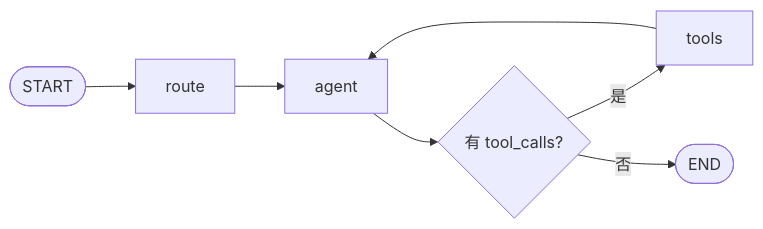
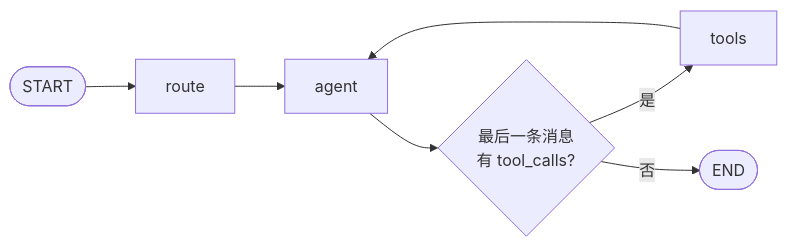
Before and after one commit to 1044387929-del/kamiu-agent: the second of 2 diagrams in README_CN.md, drawn with Mermaid. The commit also changed other lines of this file and 14 other files, not shown here.

````diff
--- a/README_CN.md
+++ b/README_CN.md
@@ -26,9 +49,9 @@
 ```mermaid
 flowchart LR
-    START([START]) --> route
-    route --> agent
-    agent --> has_tool_calls{有 tool_calls?}
-    has_tool_calls -->|是| tools
+    START([START]) --> route[route]
+    route --> agent[agent]
+    agent --> has_tool_calls{最后一条消息\n有 tool_calls?}
+    has_tool_calls -->|是| tools[tools]
     has_tool_calls -->|否| END([END])
     tools --> agent
 ```
````
